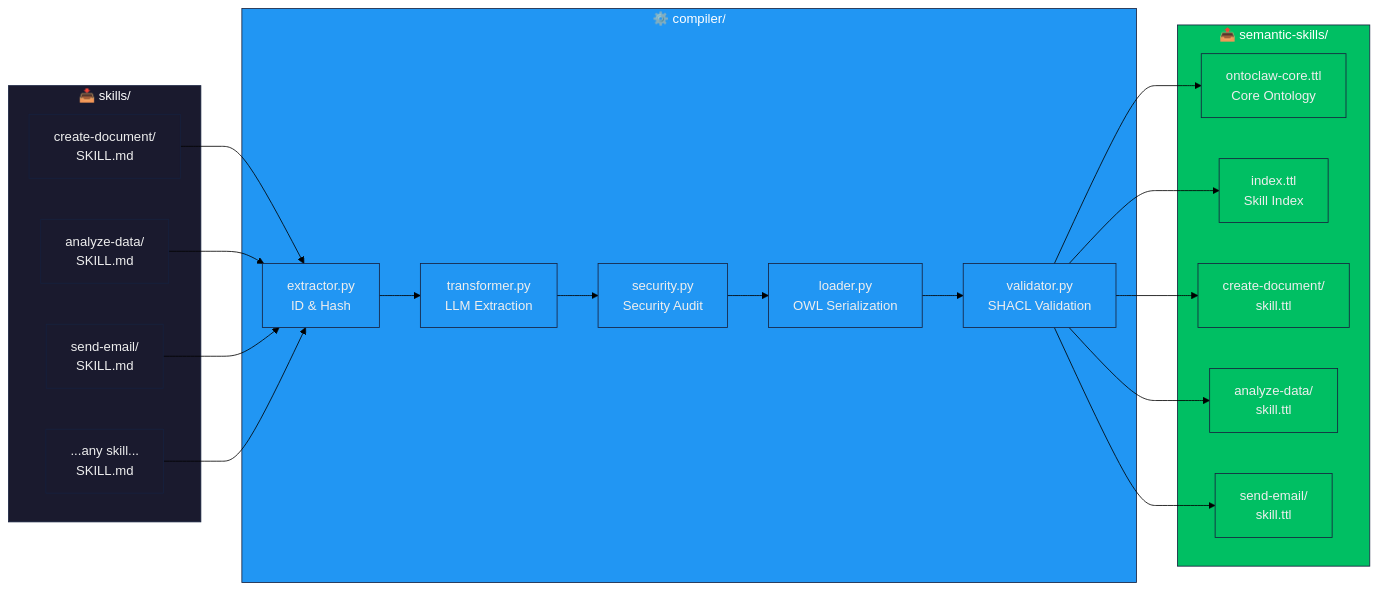
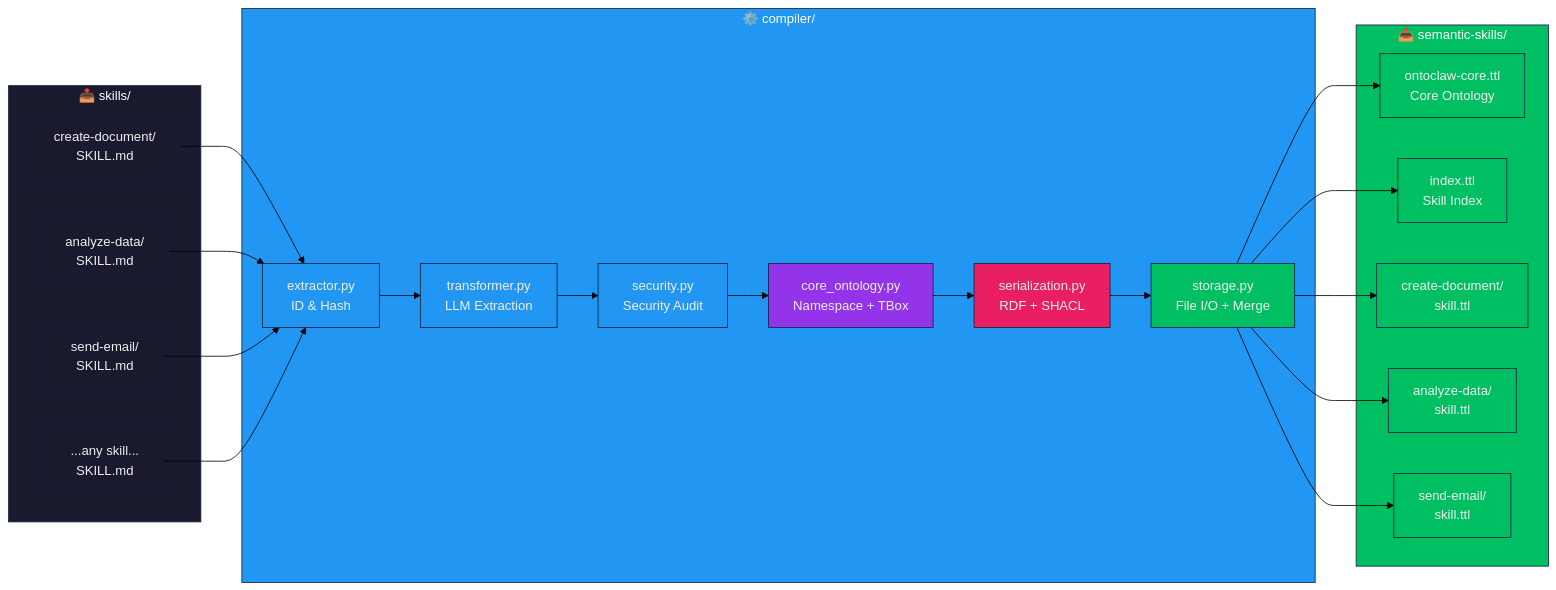
The third of 5 diagrams in README.md (mareasoftware/ontoskills), drawn with Mermaid (forest theme) before and after one commit. The commit also changed other lines of this file and 1 other file, not shown here.

Commit message:
docs: update README and CHANGELOG with comprehensive documentation
- Add v0.3.0 section to CHANGELOG documenting:
  - Architecture refactoring (loader.py split into 3 modules)
  - Cache invalidation (--force flag)
  - Lifecycle management (clean_orphaned_skills)
  - Bug fix (serialize_skill_to_module signature)
  - Test updates (150 tests)

- Update README:
  - New project structure showing core_ontology.py, serialization.py, storage.py
  - New architecture diagram with updated module names
  - Add --force flag to CLI options table

````diff
--- a/README.md
+++ b/README.md
@@ -262,57 +265,60 @@
 ```mermaid
 flowchart LR
     subgraph Input["📥 skills/"]
         S1[create-document/<br/>SKILL.md]
         S2[analyze-data/<br/>SKILL.md]
         S3[send-email/<br/>SKILL.md]
         SN[...any skill...<br/>SKILL.md]
     end
 
     subgraph Compiler["⚙️ compiler/"]
         E[extractor.py<br/>ID & Hash]
         T[transformer.py<br/>LLM Extraction]
         SEC[security.py<br/>Security Audit]
-        L[loader.py<br/>OWL Serialization]
-        V[validator.py<br/>SHACL Validation]
+        CO[core_ontology.py<br/>Namespace + TBox]
+        SR[serialization.py<br/>RDF + SHACL]
+        ST[storage.py<br/>File I/O + Merge]
     end
 
     subgraph Output["📤 semantic-skills/"]
         CORE[ontoclaw-core.ttl<br/>Core Ontology]
         IDX[index.ttl<br/>Skill Index]
         O1[create-document/<br/>skill.ttl]
         O2[analyze-data/<br/>skill.ttl]
         O3[send-email/<br/>skill.ttl]
     end
 
     S1 --> E
     S2 --> E
     S3 --> E
     SN --> E
     E --> T
     T --> SEC
-    SEC --> L
-    L --> V
-    V --> CORE
-    V --> IDX
-    V --> O1
-    V --> O2
-    V --> O3
+    SEC --> CO
+    CO --> SR
+    SR --> ST
+    ST --> CORE
+    ST --> IDX
+    ST --> O1
+    ST --> O2
+    ST --> O3
 
     style Input fill:#1a1a2e,stroke:#16213e,color:#fff
     style Compiler fill:#2196F3,stroke:#16213e,color:#fff
     style Output fill:#00bf63,stroke:#16213e,color:#fff
     style S1 fill:#1a1a2e,stroke:#16213e,color:#eee
     style S2 fill:#1a1a2e,stroke:#16213e,color:#eee
     style S3 fill:#1a1a2e,stroke:#16213e,color:#eee
     style SN fill:#1a1a2e,stroke:#16213e,color:#eee
     style E fill:#2196F3,stroke:#16213e,color:#eee
     style T fill:#2196F3,stroke:#16213e,color:#eee
     style SEC fill:#2196F3,stroke:#16213e,color:#eee
-    style L fill:#2196F3,stroke:#16213e,color:#eee
-    style V fill:#2196F3,stroke:#16213e,color:#eee
+    style CO fill:#9333EA,stroke:#16213e,color:#eee
+    style SR fill:#e91e63,stroke:#16213e,color:#eee
+    style ST fill:#00bf63,stroke:#16213e,color:#eee
     style CORE fill:#00bf63,stroke:#16213e,color:#eee
     style IDX fill:#00bf63,stroke:#16213e,color:#eee
     style O1 fill:#00bf63,stroke:#16213e,color:#eee
     style O2 fill:#00bf63,stroke:#16213e,color:#eee
     style O3 fill:#00bf63,stroke:#16213e,color:#eee
 ```
````
